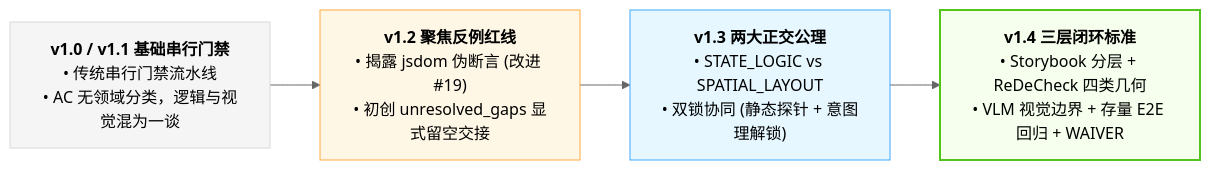
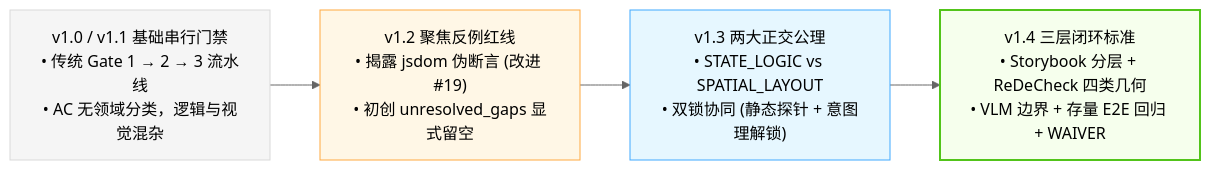
Before and after one commit to heycqing/orca-dev-squad: the first of 5 diagrams in _shared/研发测试小分队交付协议演进对比报告（v1.0至v1.4）.md, drawn with Mermaid (neutral theme). The commit also changed other lines of this file, not shown here.

Commit message:
docs: 重新排版演进对比报告，优化流程图结构、表格式明细与跨端相对链接

````diff
--- a/_shared/研发测试小分队交付协议演进对比报告（v1.0至v1.4）.md
+++ b/_shared/研发测试小分队交付协议演进对比报告（v1.0至v1.4）.md
@@ -26,14 +27,14 @@
 ```mermaid
 flowchart LR
-    V1["<b>v1.0 / v1.1 基础串行门禁</b><br/>• 传统串行门禁流水线<br/>• AC 无领域分类，逻辑与视觉混为一谈"]
-    V2["<b>v1.2 聚焦反例红线</b><br/>• 揭露 jsdom 伪断言 (改进 #19)<br/>• 初创 unresolved_gaps 显式留空交接"]
-    V3["<b>v1.3 两大正交公理</b><br/>• STATE_LOGIC vs SPATIAL_LAYOUT<br/>• 双锁协同 (静态探针 + 意图理解锁)"]
-    V4["<b>v1.4 三层闭环标准</b><br/>• Storybook 分层 + ReDeCheck 四类几何<br/>• VLM 视觉边界 + 存量 E2E 回归 + WAIVER"]
+    V1["v1.0 / v1.1 基础串行门禁<br/>• 传统 Gate 1 → 2 → 3 流水线<br/>• AC 无领域分类，逻辑与视觉混杂"]
+    V2["v1.2 聚焦反例红线<br/>• 揭露 jsdom 伪断言 (改进 #19)<br/>• 初创 unresolved_gaps 显式留空"]
+    V3["v1.3 两大正交公理<br/>• STATE_LOGIC vs SPATIAL_LAYOUT<br/>• 双锁协同 (静态探针 + 意图理解锁)"]
+    V4["v1.4 三层闭环标准<br/>• Storybook 分层 + ReDeCheck 四类几何<br/>• VLM 边界 + 存量 E2E 回归 + WAIVER"]
 
     V1 --> V2 --> V3 --> V4
 
     style V1 fill:#f5f5f5,stroke:#d9d9d9,stroke-width:1px
     style V2 fill:#fff7e6,stroke:#ffa940,stroke-width:1px
     style V3 fill:#e6f7ff,stroke:#40a9ff,stroke-width:1px
     style V4 fill:#f6ffed,stroke:#52c41a,stroke-width:2px
 ```
````
